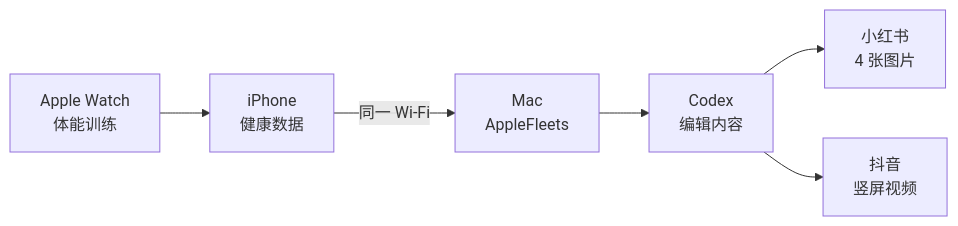
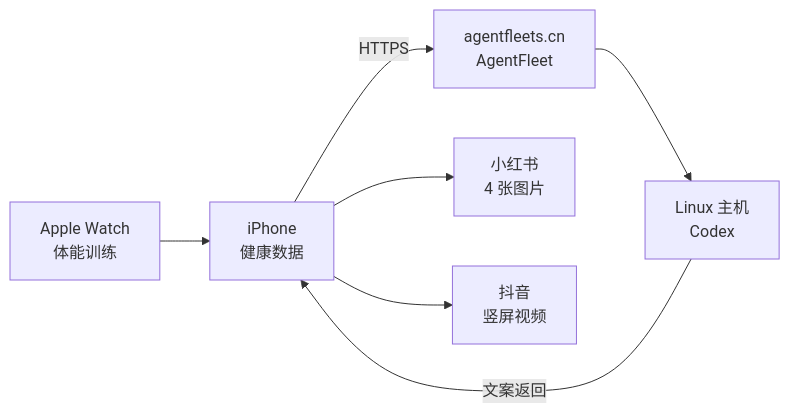
One commit to JosephJagger/applefleets changed the diagram in README.zh-CN.md. Above: the diagram before and after it, drawn with Mermaid. The commit also changed other lines of this file and 7 other files, not shown here.

Commit message:
Generate mobile content through AgentFleet on Linux

````diff
--- a/README.zh-CN.md
+++ b/README.zh-CN.md
@@ -35,8 +19,9 @@
 ```mermaid
 flowchart LR
     A[Apple Watch<br/>体能训练] --> B[iPhone<br/>健康数据]
-    B -->|同一 Wi-Fi| C[Mac<br/>AppleFleets]
-    C --> D[Codex<br/>编辑内容]
-    D --> E[小红书<br/>4 张图片]
-    D --> F[抖音<br/>竖屏视频]
+    B -->|HTTPS| C[agentfleets.cn<br/>AgentFleet]
+    C --> D[Linux 主机<br/>Codex]
+    D -->|文案返回| B
+    B --> E[小红书<br/>4 张图片]
+    B --> F[抖音<br/>竖屏视频]
 ```
````
